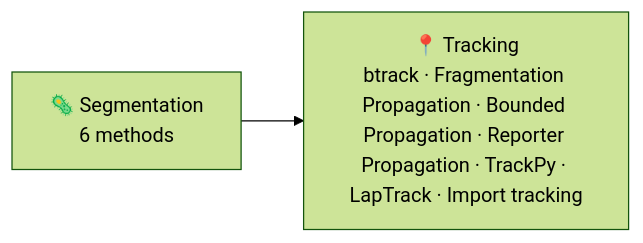
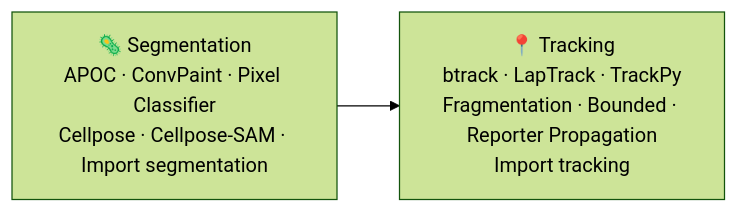
Before and after one commit to imAIgene-Dream3D/BEHAV3D-Explorer: the diagram in docs/source/processing/index.md, drawn with Mermaid (forest theme). The commit also changed other lines of this file and 54 other files, not shown here.

````diff
--- a/docs/source/processing/index.md
+++ b/docs/source/processing/index.md
@@ -5,4 +5,4 @@
 ```{mermaid}
 flowchart LR
-    Seg["🦠 Segmentation<br/>6 methods"] --> Trk["📍 Tracking<br/>btrack · Fragmentation Propagation · Bounded Propagation · Reporter Propagation · TrackPy · LapTrack · Import tracking"]
+    Seg["🦠 Segmentation<br/>APOC · ConvPaint · Pixel Classifier<br/>Cellpose · Cellpose-SAM · Import segmentation"] --> Trk["📍 Tracking<br/>btrack · LapTrack · TrackPy<br/>Fragmentation · Bounded · Reporter Propagation<br/>Import tracking"]
 ```
````
